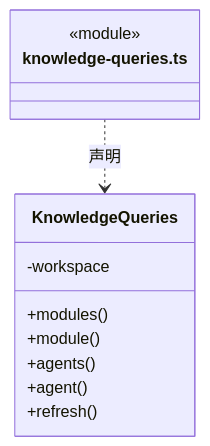
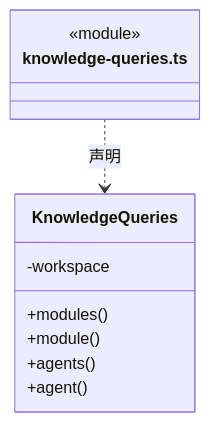
Before and after one commit to nan023062/cbim: the second of 36 diagrams in src/backend/core/knowledge/ARCHITECTURE.md, drawn with Mermaid. The commit also changed other lines of this file and 356 other files, not shown here.

First line of the commit message:
chore: preserve architecture remediation before desktop 0.1.7 alignment

````diff
--- a/src/backend/core/knowledge/ARCHITECTURE.md
+++ b/src/backend/core/knowledge/ARCHITECTURE.md
@@ -52,15 +55,14 @@
 ```mermaid
 classDiagram
 class N_src_backend_core_knowledge_knowledge_queries_ts["knowledge-queries.ts"] {
   <<module>>
 }
 class N_src_backend_core_knowledge_knowledge_queries_ts_KnowledgeQueries["KnowledgeQueries"] {
   +modules()
   +module()
   +agents()
   +agent()
-  +refresh()
   -workspace
 }
 N_src_backend_core_knowledge_knowledge_queries_ts ..> N_src_backend_core_knowledge_knowledge_queries_ts_KnowledgeQueries : 声明
 ```
````
